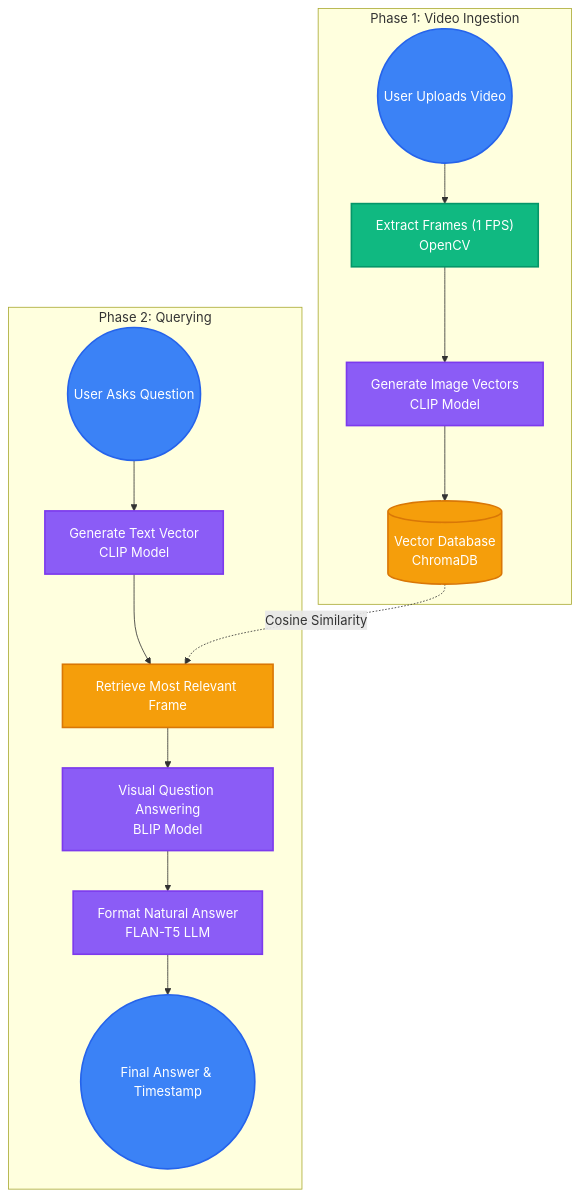
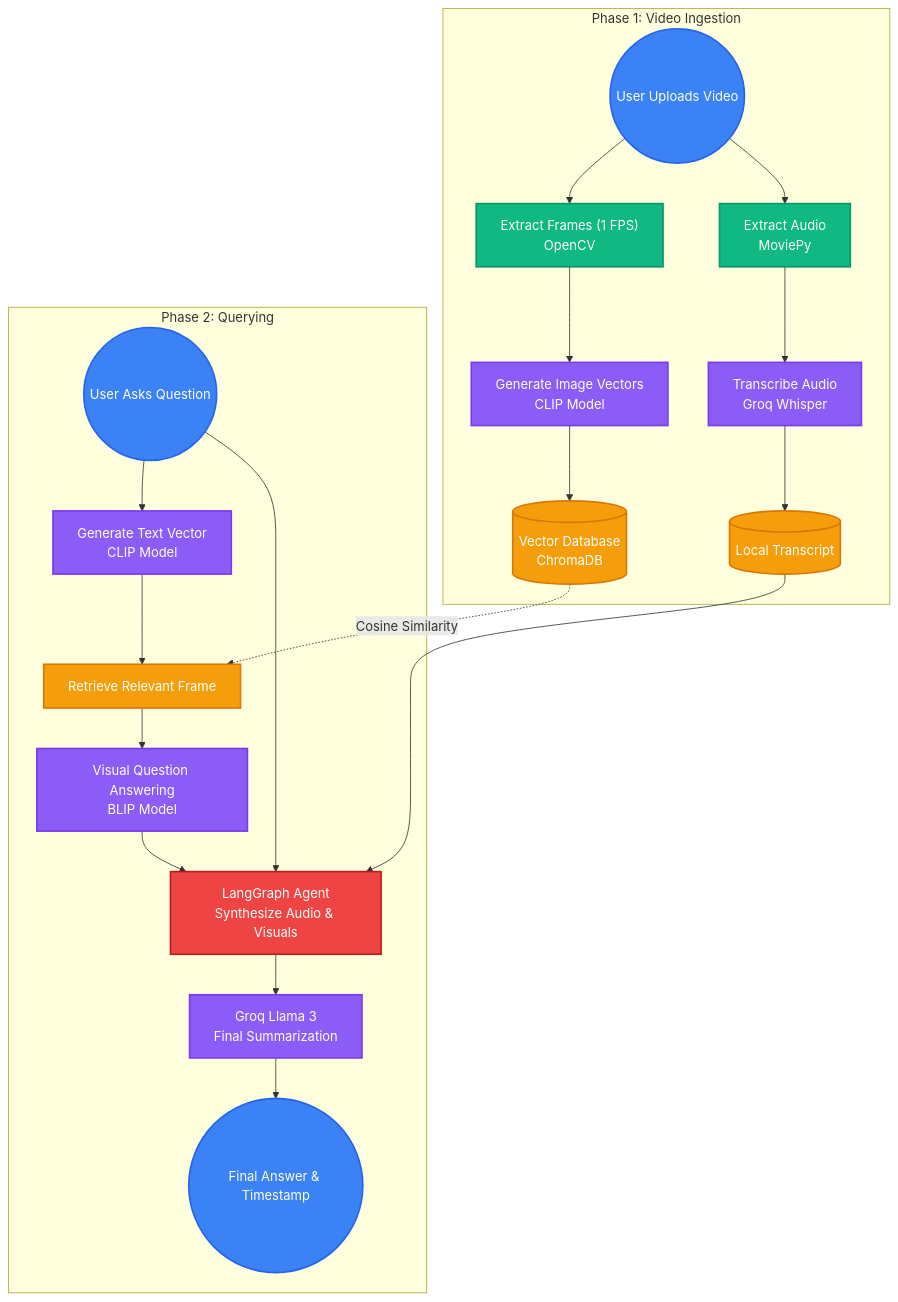
One commit to harshal-fullstack/VIQA changed the diagram in README.md. Above: the diagram before and after it, drawn with Mermaid. The commit also changed other lines of this file and 4 other files, not shown here.

````diff
--- a/README.md
+++ b/README.md
@@ -9,38 +9,51 @@
 ```mermaid
 flowchart TD
     %% Define Styles
     classDef user fill:#3b82f6,stroke:#2563eb,color:#fff,stroke-width:2px;
     classDef processing fill:#10b981,stroke:#059669,color:#fff,stroke-width:2px;
     classDef ai fill:#8b5cf6,stroke:#7c3aed,color:#fff,stroke-width:2px;
     classDef db fill:#f59e0b,stroke:#d97706,color:#fff,stroke-width:2px;
+    classDef agent fill:#ef4444,stroke:#b91c1c,color:#fff,stroke-width:2px;
 
     %% Elements
     UserIcon(("User Uploads Video")):::user
     Extract["Extract Frames (1 FPS)<br>OpenCV"]:::processing
+    AudioExt["Extract Audio<br>MoviePy"]:::processing
+    Transcribe["Transcribe Audio<br>Groq Whisper"]:::ai
     EmbedVision["Generate Image Vectors<br>CLIP Model"]:::ai
     ChromaStore[("Vector Database<br>ChromaDB")]:::db
+    TranscriptStore[("Local Transcript")]:::db
 
     UserQuestion(("User Asks Question")):::user
     EmbedText["Generate Text Vector<br>CLIP Model"]:::ai
-    Retrieve["Retrieve Most Relevant Frame"]:::db
+    Retrieve["Retrieve Relevant Frame"]:::db
     VQA["Visual Question Answering<br>BLIP Model"]:::ai
-    Formatter["Format Natural Answer<br>FLAN-T5 LLM"]:::ai
+    LangGraph["LangGraph Agent<br>Synthesize Audio & Visuals"]:::agent
+    GroqLLM["Groq Llama 3<br>Final Summarization"]:::ai
     Output(("Final Answer & Timestamp")):::user
 
     %% Workflow: Upload Phase
     subgraph Phase 1: Video Ingestion
         UserIcon --> Extract
+        UserIcon --> AudioExt
         Extract --> EmbedVision
+        AudioExt --> Transcribe
+        Transcribe --> TranscriptStore
         EmbedVision --> ChromaStore
     end
 
     %% Workflow: Query Phase
     subgraph Phase 2: Querying
         UserQuestion --> EmbedText
         EmbedText --> Retrieve
         ChromaStore -. "Cosine Similarity" .-> Retrieve
         Retrieve --> VQA
-        VQA --> Formatter
-        Formatter --> Output
+        
+        VQA --> LangGraph
+        TranscriptStore --> LangGraph
+        UserQuestion --> LangGraph
+        
+        LangGraph --> GroqLLM
+        GroqLLM --> Output
     end
 ```
````
